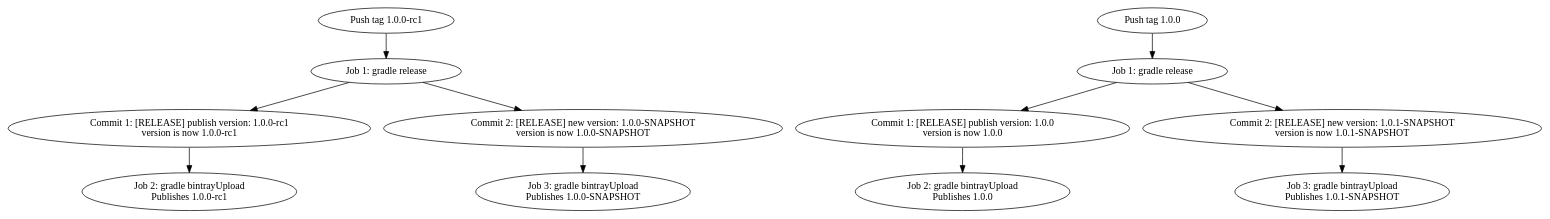
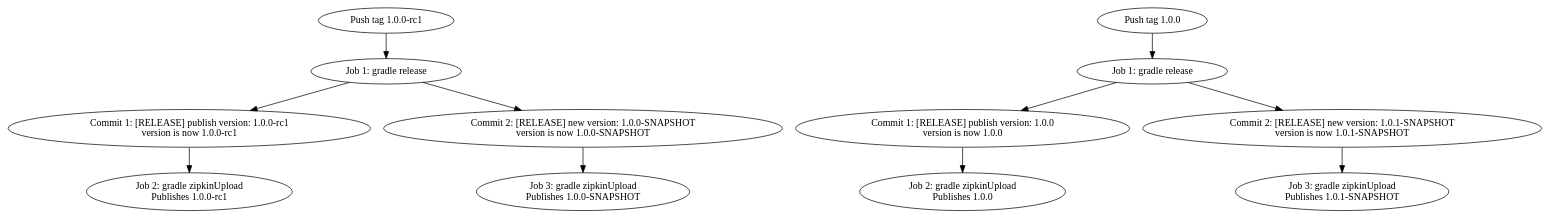
Before and after one commit to openzipkin/zipkin: the diagram in travis/examples.dot, drawn with Graphviz. The commit also changed 5 other files, not shown here.

First line of the commit message:
Don't upload SNAPSHOT releases to Bintray

```diff
--- a/travis/examples.dot
+++ b/travis/examples.dot
@@ -1,27 +1,27 @@
 digraph examples {
         erc_tag [label="Push tag 1.0.0-rc1"]
         erc_release [label="Job 1: gradle release"]
         erc_commit1 [label="Commit 1: [RELEASE] publish version: 1.0.0-rc1\nversion is now 1.0.0-rc1"]
         erc_commit2 [label="Commit 2: [RELEASE] new version: 1.0.0-SNAPSHOT\nversion is now 1.0.0-SNAPSHOT"]
-        erc_publish1 [label="Job 2: gradle bintrayUpload\nPublishes 1.0.0-rc1"]
-        erc_publish2 [label="Job 3: gradle bintrayUpload\nPublishes 1.0.0-SNAPSHOT"]
+        erc_publish1 [label="Job 2: gradle zipkinUpload\nPublishes 1.0.0-rc1"]
+        erc_publish2 [label="Job 3: gradle zipkinUpload\nPublishes 1.0.0-SNAPSHOT"]
 
         erc_tag->erc_release
         erc_release->erc_commit1
         erc_release->erc_commit2
         erc_commit1->erc_publish1
         erc_commit2->erc_publish2
 
         er_tag [label="Push tag 1.0.0"]
         er_release [label="Job 1: gradle release"]
         er_commit1 [label="Commit 1: [RELEASE] publish version: 1.0.0\nversion is now 1.0.0"]
         er_commit2 [label="Commit 2: [RELEASE] new version: 1.0.1-SNAPSHOT\nversion is now 1.0.1-SNAPSHOT"]
-        er_publish1 [label="Job 2: gradle bintrayUpload\nPublishes 1.0.0"]
-        er_publish2 [label="Job 3: gradle bintrayUpload\nPublishes 1.0.1-SNAPSHOT"]
+        er_publish1 [label="Job 2: gradle zipkinUpload\nPublishes 1.0.0"]
+        er_publish2 [label="Job 3: gradle zipkinUpload\nPublishes 1.0.1-SNAPSHOT"]
 
         er_tag->er_release
         er_release->er_commit1
         er_release->er_commit2
         er_commit1->er_publish1
         er_commit2->er_publish2
 }
```
